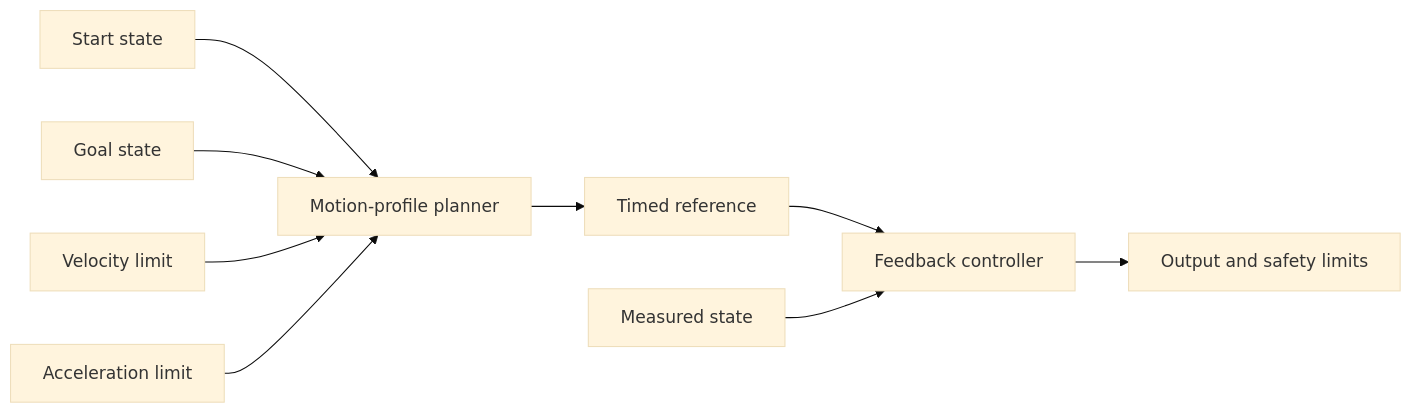
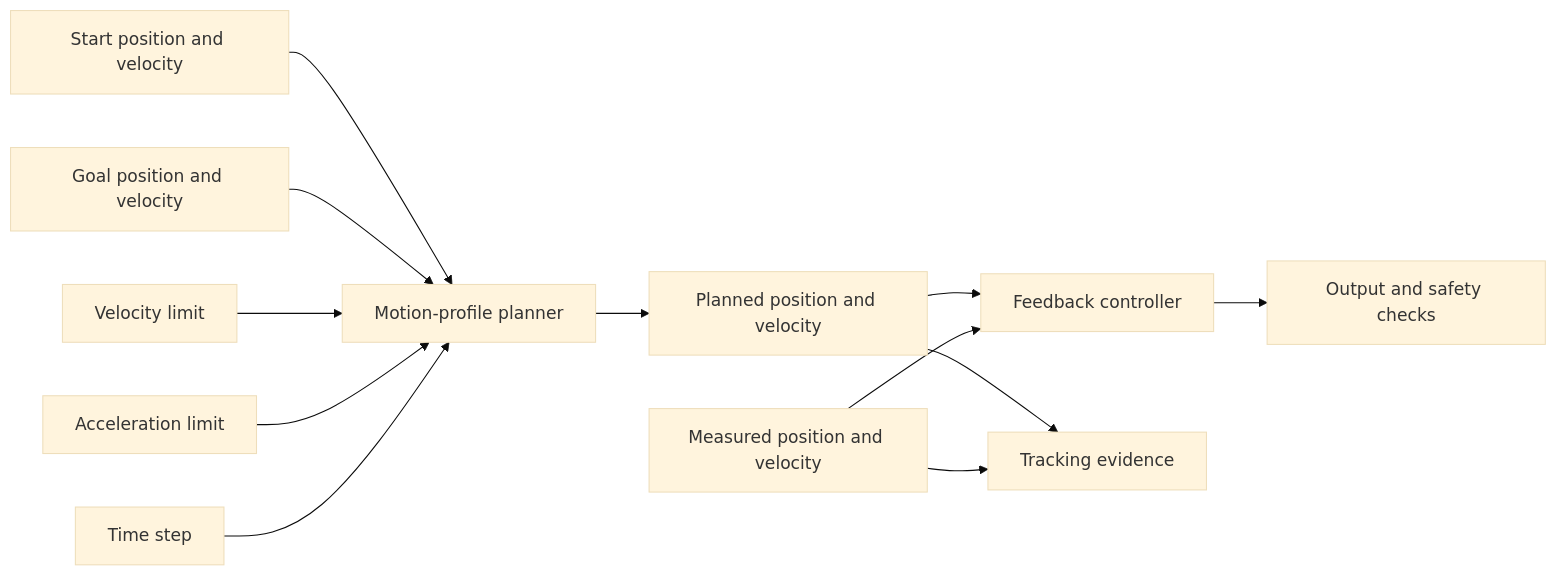
The diagram in content/learning/controls/04-motion-profiles.md (ARES-23247/ARESWEB), drawn with Mermaid (base theme) before and after one commit. The commit also changed other lines of this file and 4 other files, not shown here.

Commit message:
docs(academy): deepen motion profile lesson

````diff
--- a/content/learning/controls/04-motion-profiles.md
+++ b/content/learning/controls/04-motion-profiles.md
@@ -54,12 +111,15 @@
 ```mermaid
-%% aria: A start state, goal state, maximum velocity, and maximum acceleration enter a motion-profile planner. It produces timed position and velocity references. Feedback compares each reference with a measured state. Separate safety checks guard the real output.
+%% aria: A start state, goal state, velocity limit, acceleration limit, and time step enter a profile planner. The planner creates position and velocity references. Feedback compares each reference with a measured state. Separate output and safety checks protect hardware. Logged evidence compares planned and measured motion.
 flowchart LR
-  S["Start state"] --> P["Motion-profile planner"]
-  G["Goal state"] --> P
+  S["Start position and velocity"] --> P["Motion-profile planner"]
+  G["Goal position and velocity"] --> P
   V["Velocity limit"] --> P
   A["Acceleration limit"] --> P
-  P --> R["Timed reference"]
+  D["Time step"] --> P
+  P --> R["Planned position and velocity"]
   R --> F["Feedback controller"]
-  M["Measured state"] --> F
-  F --> L["Output and safety limits"]
+  M["Measured position and velocity"] --> F
+  F --> O["Output and safety checks"]
+  R --> E["Tracking evidence"]
+  M --> E
 ```
````
